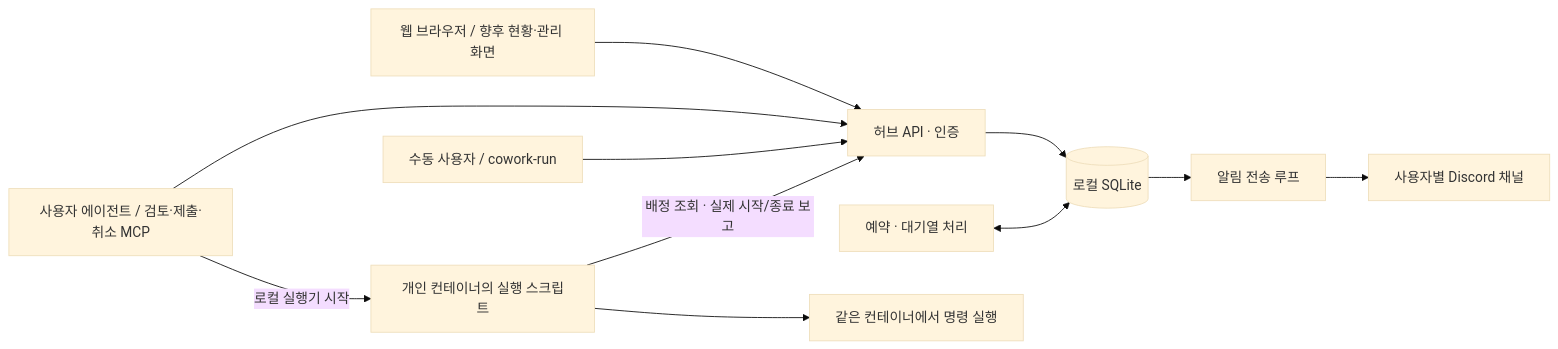
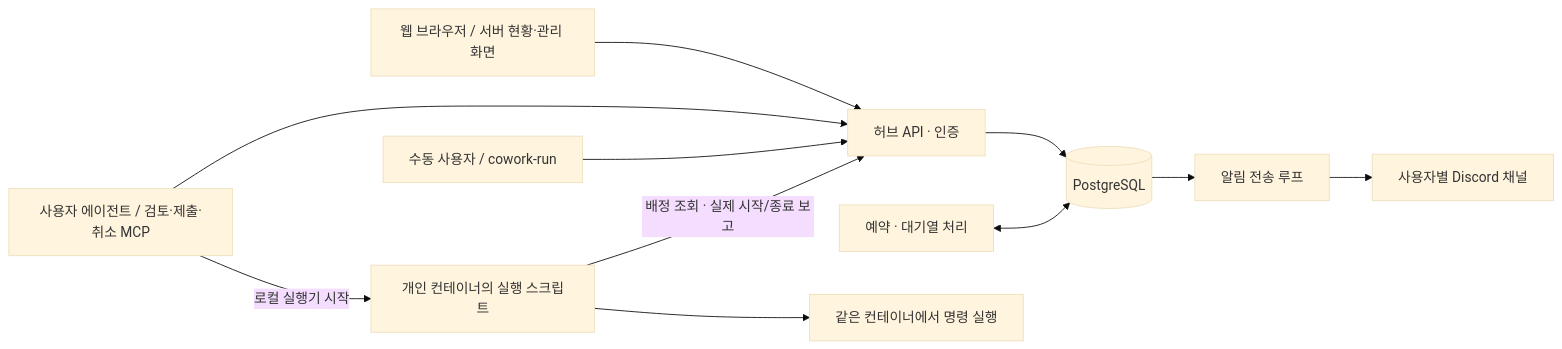
One commit to justezy0210/mcp-cowork-pgl changed the diagram in README.md. Above: the diagram before and after it, drawn with Mermaid (base theme). The commit also changed other lines of this file and 138 other files, not shown here.

````diff
--- a/README.md
+++ b/README.md
@@ -34,13 +52,13 @@
 ```mermaid
 flowchart LR
-    B[웹 브라우저 / 향후 현황·관리 화면] --> A[허브 API · 인증]
+    B[웹 브라우저 / 서버 현황·관리 화면] --> A[허브 API · 인증]
     U[사용자 에이전트 / 검토·제출·취소 MCP] --> A
     T[수동 사용자 / cowork-run] --> A
-    A --> D[(로컬 SQLite)]
+    A --> D[(PostgreSQL)]
     S[예약 · 대기열 처리] <--> D
     W[개인 컨테이너의 실행 스크립트] -->|배정 조회 · 실제 시작/종료 보고| A
     U -->|로컬 실행기 시작| W
     W --> C[같은 컨테이너에서 명령 실행]
     D --> N[알림 전송 루프]
     N --> V[사용자별 Discord 채널]
 ```
````
